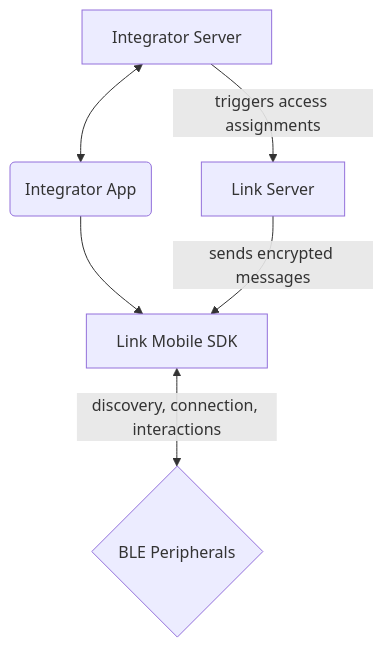
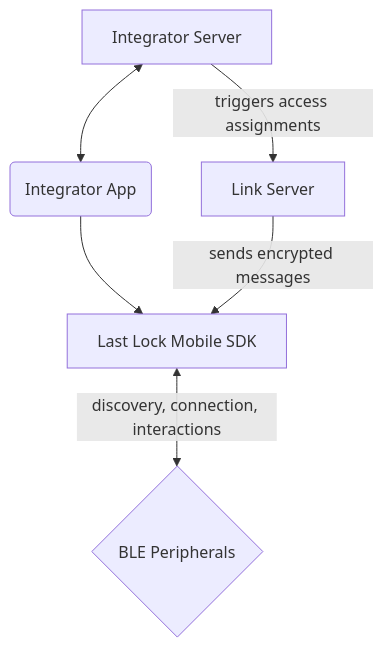
One commit to last-lock/last-lock-mobile-sdk changed the diagram in README.md. Above: the diagram before and after it, drawn with Mermaid. The commit also changed other lines of this file and 38 other files, not shown here.

````diff
--- a/README.md
+++ b/README.md
@@ -20,8 +20,8 @@
 ```mermaid
 flowchart TD
     BusSer[Integrator Server] <--> App
-    App(Integrator App) --> SDK[Link Mobile SDK] 
+    App(Integrator App) --> SDK[Last Lock Mobile SDK]
     SDK <--> | discovery, connection, interactions | Lock{BLE Peripherals}
     Link[Link Server] --> | sends encrypted messages | SDK
     BusSer --> | triggers access assignments | Link
 ```
````
